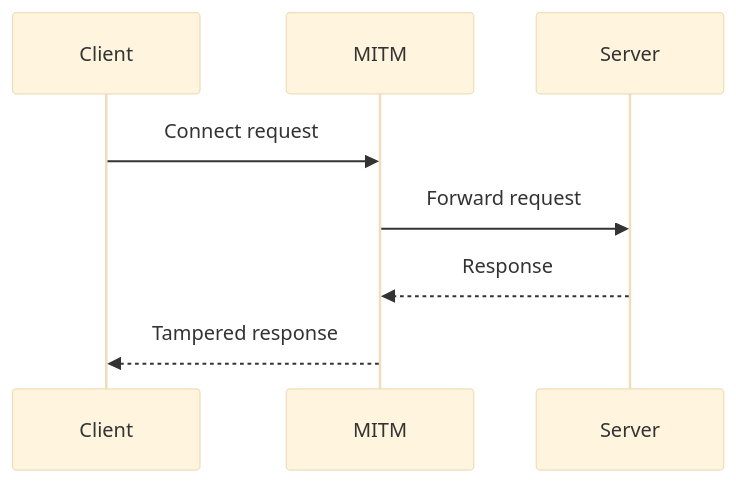
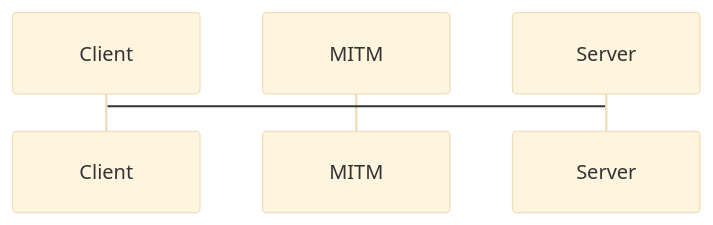
One commit to Rajeev-Tamang/OpenSSL changed the diagram in README.md. Above: the diagram before and after it, drawn with Mermaid (base theme).

````diff
--- a/README.md
+++ b/README.md
@@ -30,11 +30,9 @@
 ```mermaid
 sequenceDiagram
     participant C as Client
     participant M as MITM
     participant S as Server
 
-    C->>M: Connect request
-    M->>S: Forward request
-    S-->>M: Response
-    M-->>C: Tampered response
+    C->S:
+    
 ```
````
